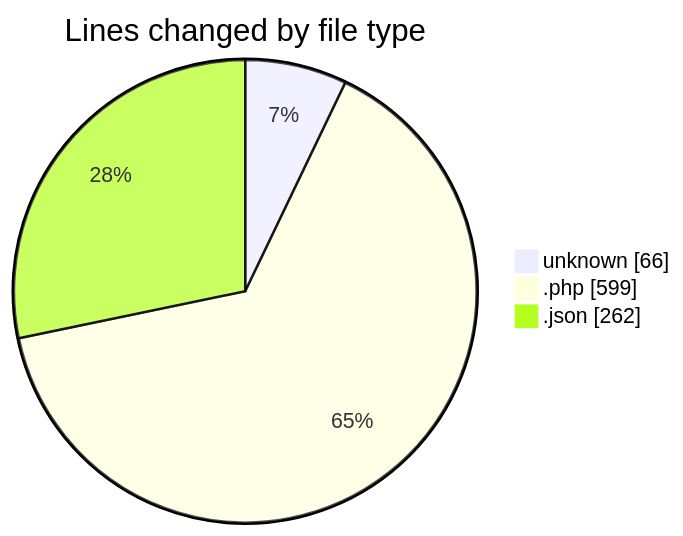
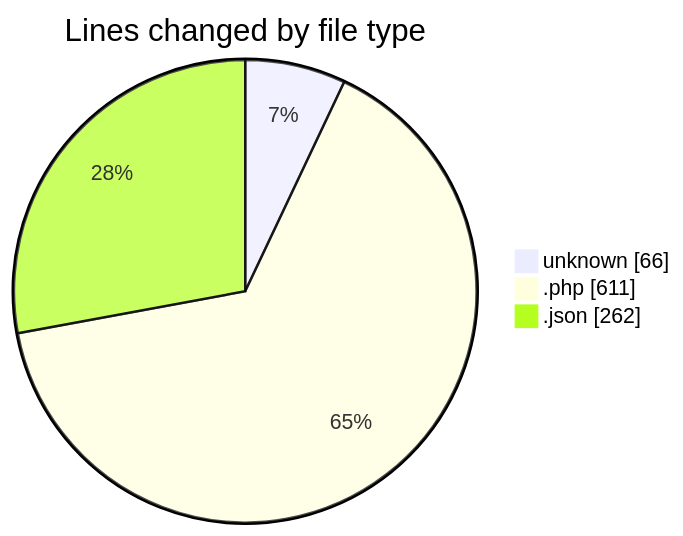
Before and after one commit to idhammustaqopulfikri/code-tracking: the first of 2 diagrams in 2025-11-08/futsal/README.md, drawn with Mermaid. The commit also changed other lines of this file and 1 other file, not shown here.

````diff
--- a/2025-11-08/futsal/README.md
+++ b/2025-11-08/futsal/README.md
@@ -31,7 +31,7 @@
 ```mermaid
 pie showData
 title Lines changed by file type
 "unknown" : 66
-".php" : 599
+".php" : 611
 ".json" : 262
 ```
````
